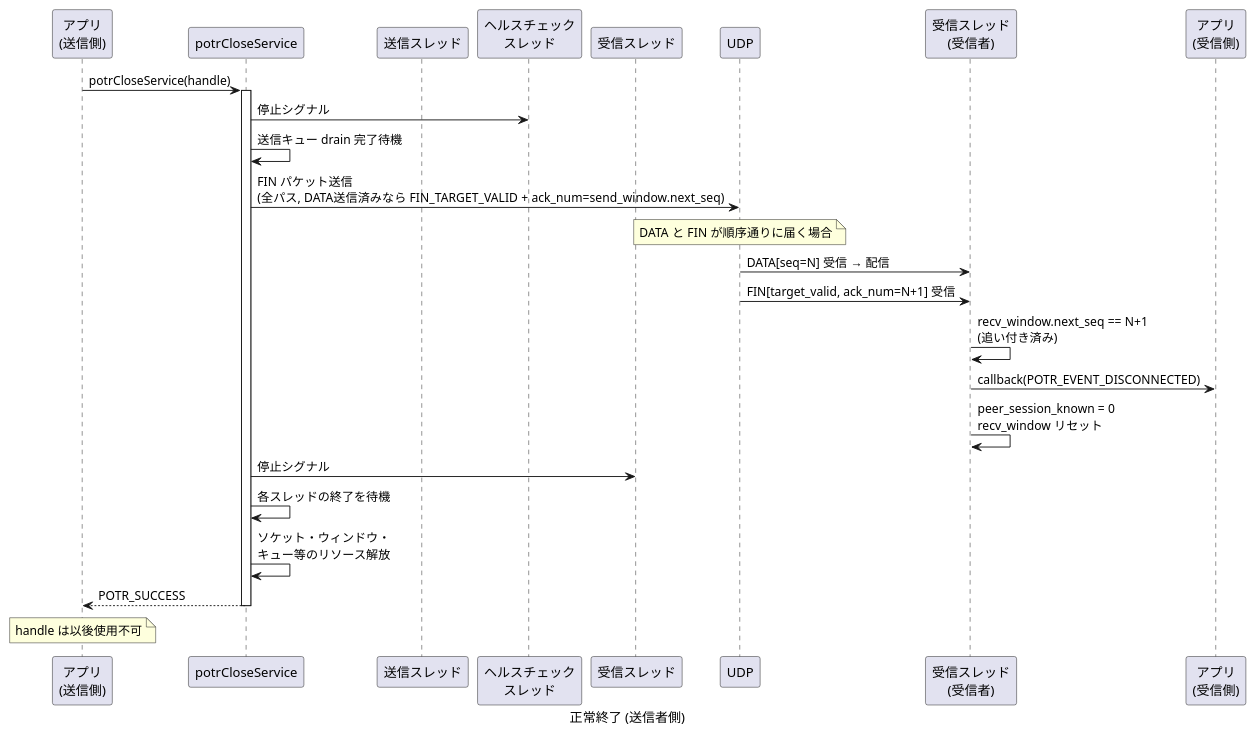
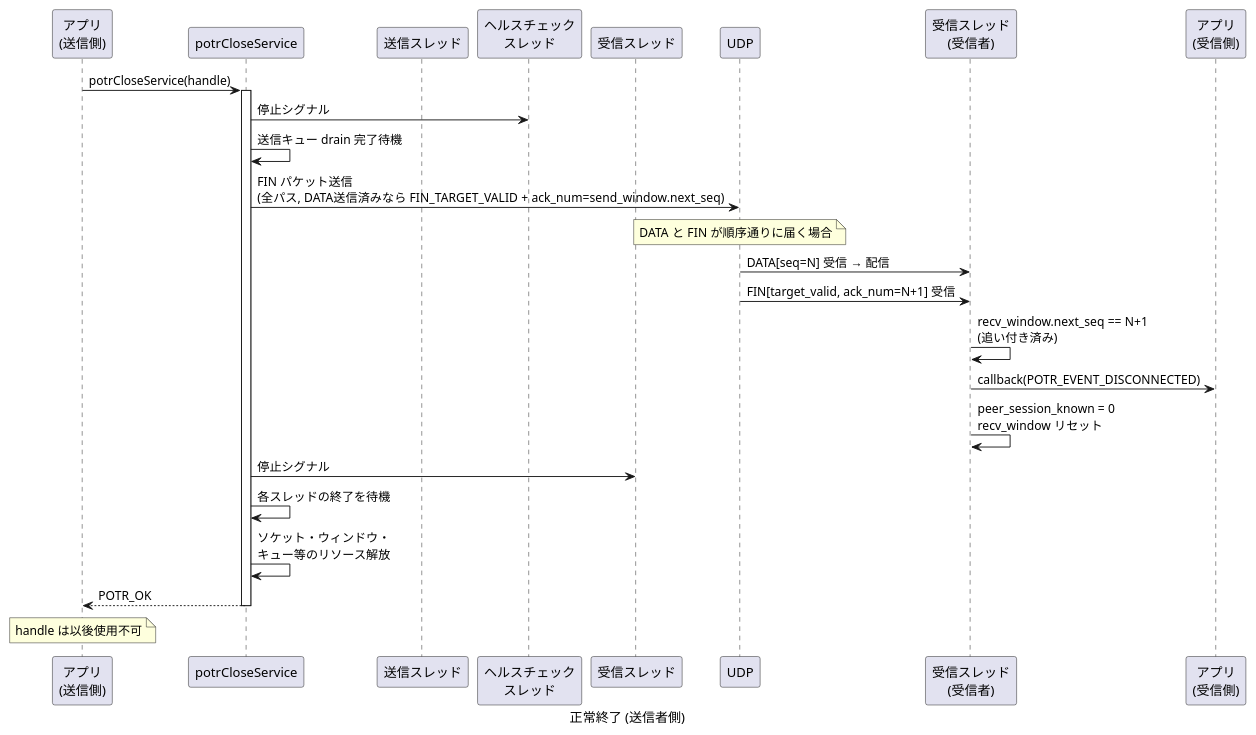
Before and after one commit to Hondarer/app_porter: diagram 12 of 30 in docs/sequence.md, drawn with PlantUML. The commit also changed other lines of this file and 61 other files, not shown here.

````diff
--- a/docs/sequence.md
+++ b/docs/sequence.md
@@ -436,40 +436,40 @@
 ```plantuml
 @startuml 正常終了 (送信者側)
 caption 正常終了 (送信者側)
 
 participant "アプリ\n(送信側)" as SAPP
 participant "potrCloseService" as CLOSE
 participant "送信スレッド" as ST
 participant "ヘルスチェック\nスレッド" as HT
 participant "受信スレッド" as RT
 participant "UDP" as UDP
 participant "受信スレッド\n(受信者)" as RRT
 participant "アプリ\n(受信側)" as RAPP
 
 SAPP -> CLOSE: potrCloseService(handle)
 activate CLOSE
 
 CLOSE -> HT: 停止シグナル
 CLOSE -> CLOSE: 送信キュー drain 完了待機
 
 CLOSE -> UDP: FIN パケット送信\n(全パス, DATA送信済みなら FIN_TARGET_VALID + ack_num=send_window.next_seq)
 
 note over UDP: DATA と FIN が順序通りに届く場合
 UDP -> RRT: DATA[seq=N] 受信 → 配信
 UDP -> RRT: FIN[target_valid, ack_num=N+1] 受信
 RRT -> RRT: recv_window.next_seq == N+1\n(追い付き済み)
 RRT -> RAPP: callback(POTR_EVENT_DISCONNECTED)
 RRT -> RRT: peer_session_known = 0\nrecv_window リセット
 
 CLOSE -> RT: 停止シグナル
 
 CLOSE -> CLOSE: 各スレッドの終了を待機
 CLOSE -> CLOSE: ソケット・ウィンドウ・\nキュー等のリソース解放
 
-CLOSE --> SAPP: POTR_SUCCESS
+CLOSE --> SAPP: POTR_OK
 deactivate CLOSE
 
 note over SAPP: handle は以後使用不可
 
 @enduml
 ```
````
